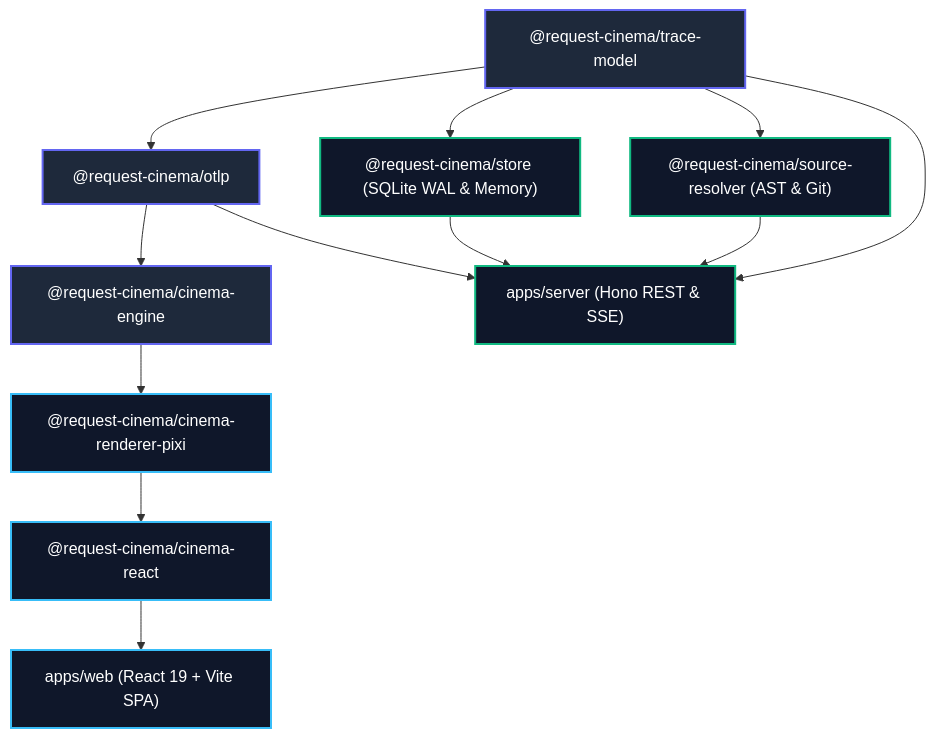
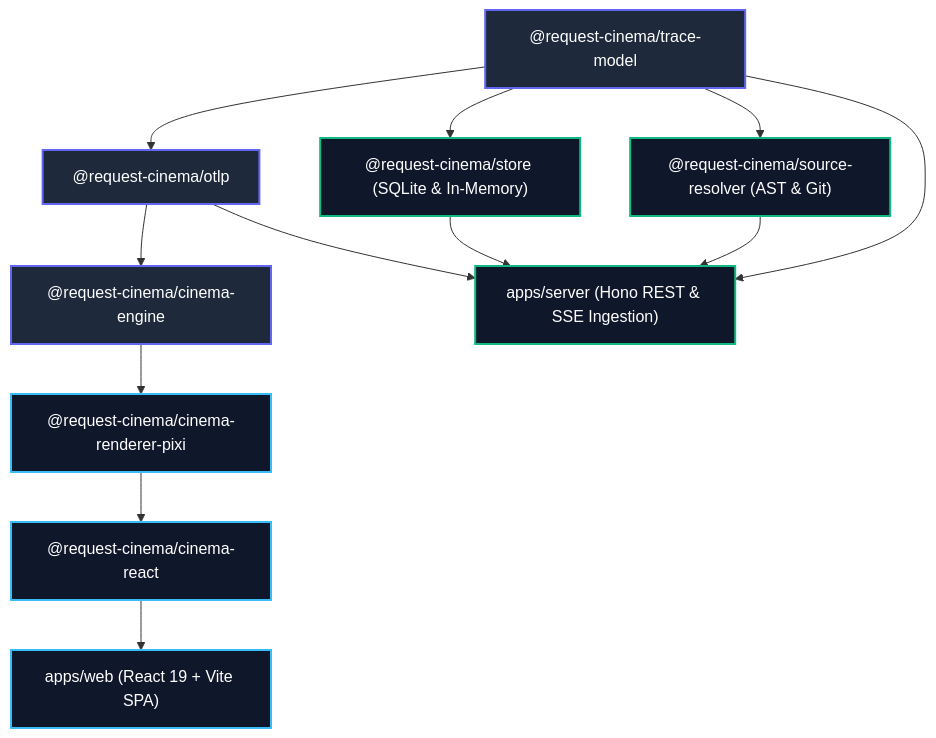
One commit to almas-codes/request-cinema changed the diagram in README.md. Above: the diagram before and after it, drawn with Mermaid. The commit also changed other lines of this file, not shown here.

````diff
--- a/README.md
+++ b/README.md
@@ -202,20 +203,20 @@
 ```mermaid
 graph TD
     classDef core fill:#1e293b,stroke:#6366f1,stroke-width:2px,color:#fff;
     classDef ui fill:#0f172a,stroke:#38bdf8,stroke-width:2px,color:#fff;
     classDef server fill:#0f172a,stroke:#10b981,stroke-width:2px,color:#fff;
 
     A["@request-cinema/trace-model"]:::core --> B["@request-cinema/otlp"]:::core
     B --> C["@request-cinema/cinema-engine"]:::core
     C --> D["@request-cinema/cinema-renderer-pixi"]:::ui
     D --> E["@request-cinema/cinema-react"]:::ui
     E --> F["apps/web (React 19 + Vite SPA)"]:::ui
 
-    A --> G["@request-cinema/store (SQLite WAL & Memory)"]:::server
+    A --> G["@request-cinema/store (SQLite & In-Memory)"]:::server
     A --> H["@request-cinema/source-resolver (AST & Git)"]:::server
 
-    B --> I["apps/server (Hono REST & SSE)"]:::server
+    B --> I["apps/server (Hono REST & SSE Ingestion)"]:::server
     G --> I
     H --> I
     A --> I
 ```
````
